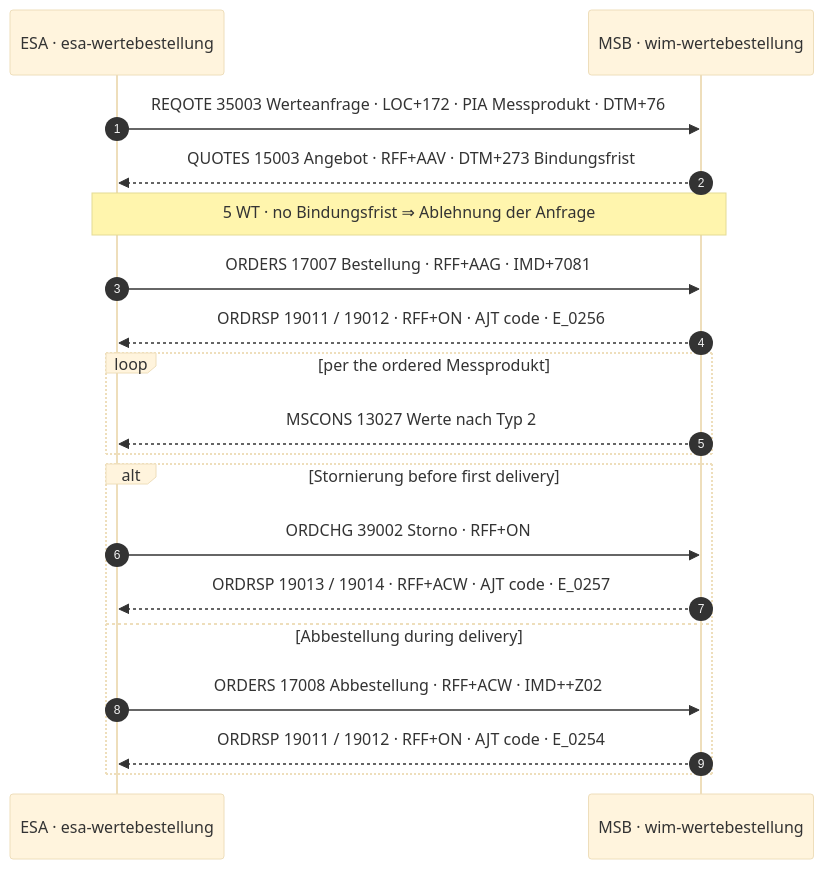
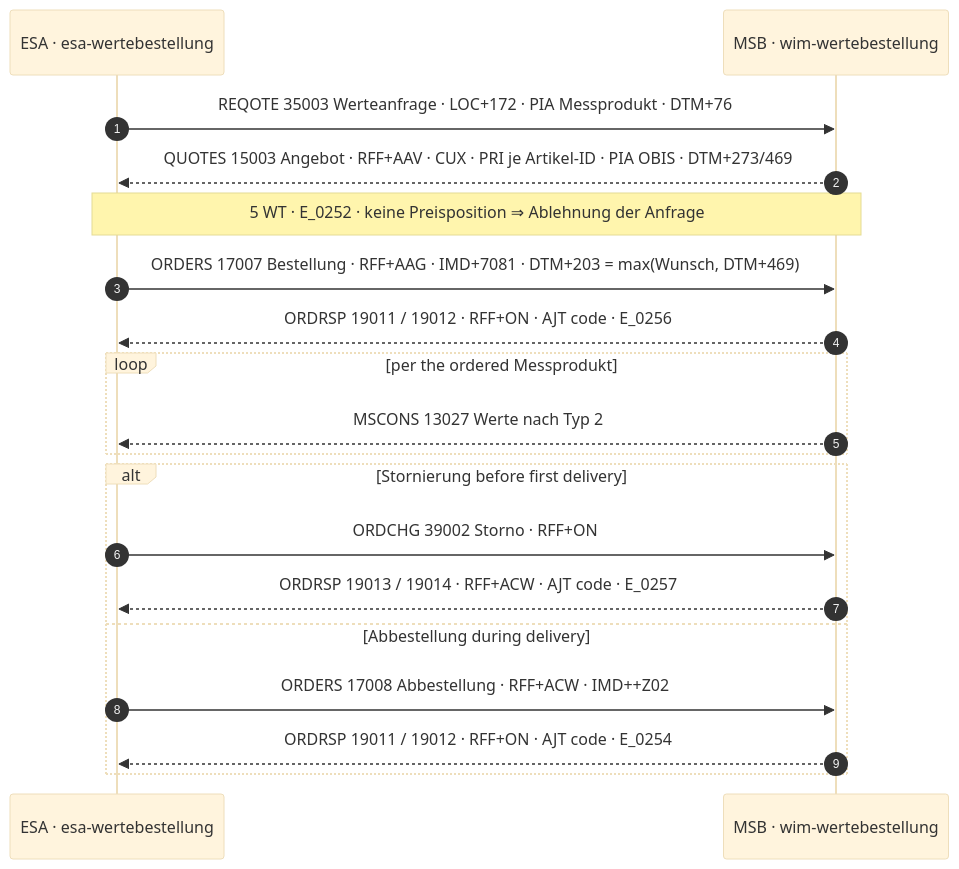
The third of 9 diagrams in site/content/docs/reference/processes.md (hupe1980/mako), drawn with Mermaid (base theme) before and after one commit. The commit also changed other lines of this file and 56 other files, not shown here.

First line of the commit message:
Enhance ESA and MSB Workflow Documentation and Tests

````diff
--- a/site/content/docs/reference/processes.md
+++ b/site/content/docs/reference/processes.md
@@ -652,21 +652,21 @@
 ```mermaid
 sequenceDiagram
     autonumber
     participant ESA as ESA · esa-wertebestellung
     participant MSB as MSB · wim-wertebestellung
     ESA->>MSB: REQOTE 35003 Werteanfrage · LOC+172 · PIA Messprodukt · DTM+76
-    MSB-->>ESA: QUOTES 15003 Angebot · RFF+AAV · DTM+273 Bindungsfrist
-    Note over ESA,MSB: 5 WT · no Bindungsfrist ⇒ Ablehnung der Anfrage
-    ESA->>MSB: ORDERS 17007 Bestellung · RFF+AAG · IMD+7081
+    MSB-->>ESA: QUOTES 15003 Angebot · RFF+AAV · CUX · PRI je Artikel-ID · PIA OBIS · DTM+273/469
+    Note over ESA,MSB: 5 WT · E_0252 · keine Preisposition ⇒ Ablehnung der Anfrage
+    ESA->>MSB: ORDERS 17007 Bestellung · RFF+AAG · IMD+7081 · DTM+203 = max(Wunsch, DTM+469)
     MSB-->>ESA: ORDRSP 19011 / 19012 · RFF+ON · AJT code · E_0256
     loop per the ordered Messprodukt
         MSB-->>ESA: MSCONS 13027 Werte nach Typ 2
     end
     alt Stornierung before first delivery
         ESA->>MSB: ORDCHG 39002 Storno · RFF+ON
         MSB-->>ESA: ORDRSP 19013 / 19014 · RFF+ACW · AJT code · E_0257
     else Abbestellung during delivery
         ESA->>MSB: ORDERS 17008 Abbestellung · RFF+ACW · IMD++Z02
         MSB-->>ESA: ORDRSP 19011 / 19012 · RFF+ON · AJT code · E_0254
     end
 ```
````
